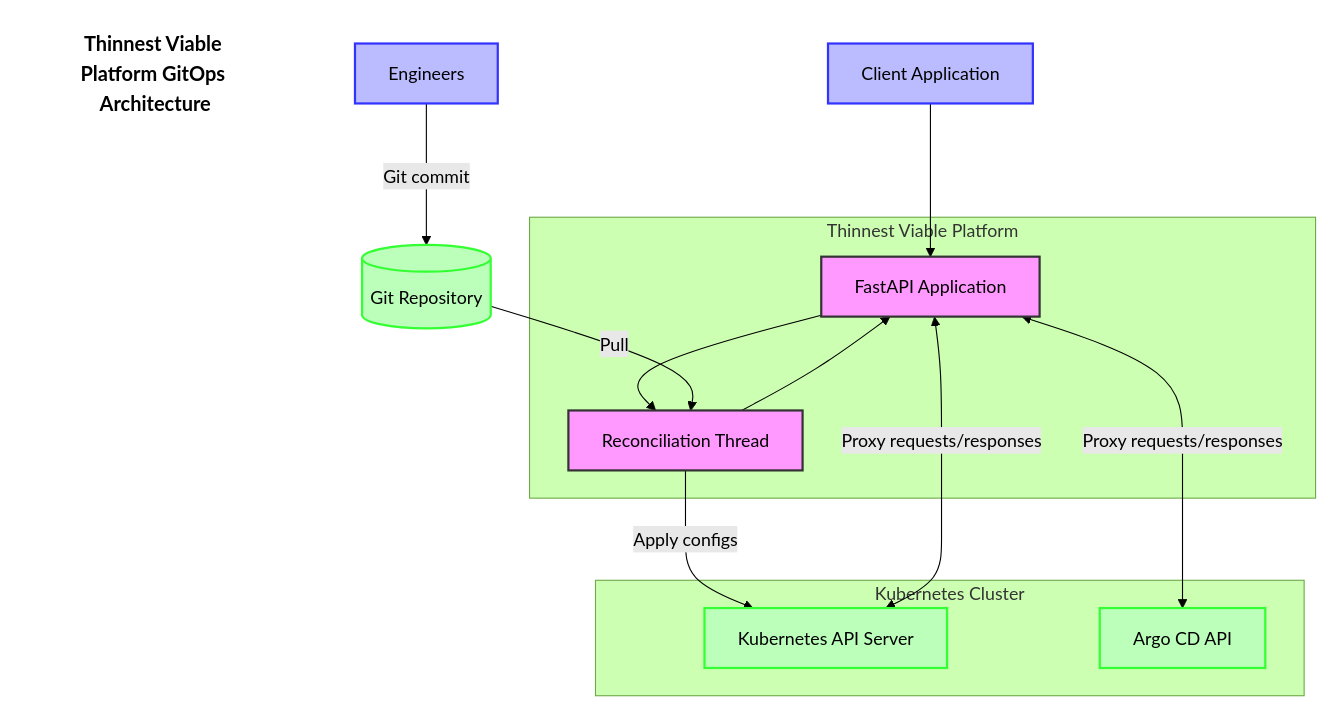
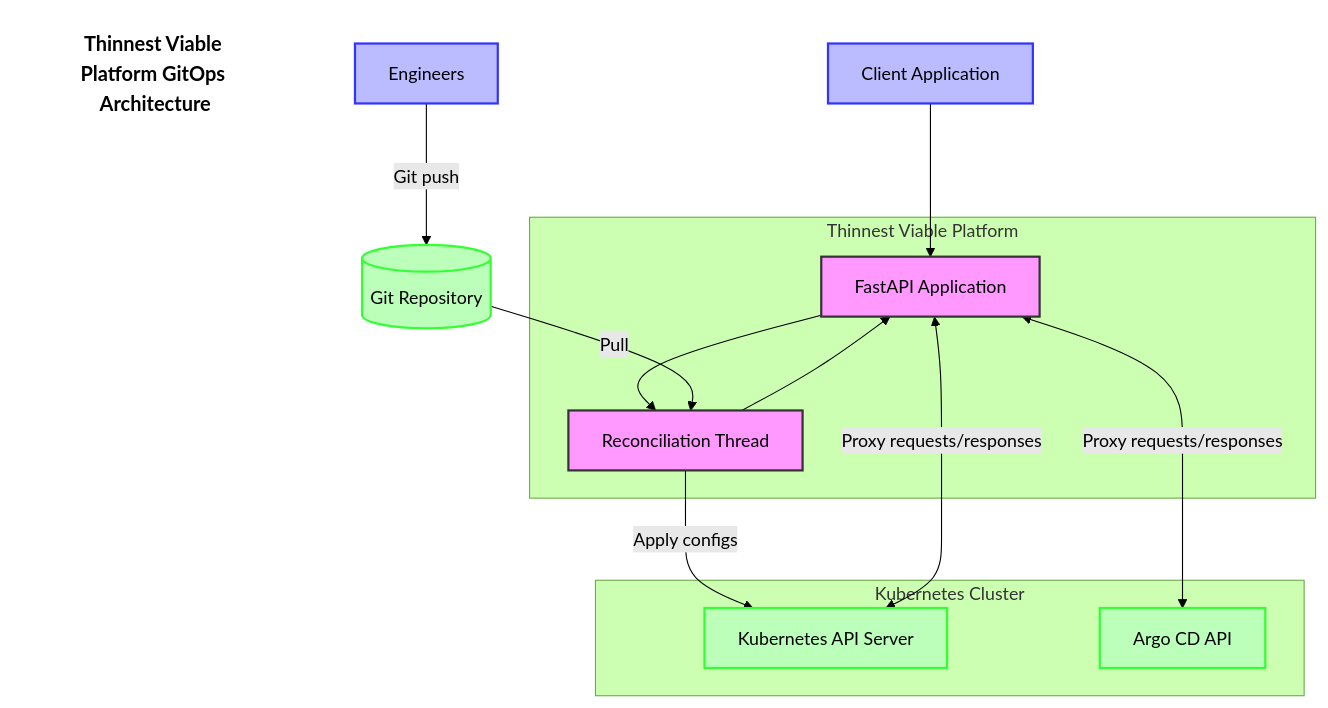
The first of 11 diagrams in README.md (lloydchang/tvp-k8s), drawn with Mermaid (forest theme) before and after one commit.

````diff
--- a/README.md
+++ b/README.md
@@ -316,33 +316,33 @@
 ```mermaid
 flowchart TB
     title[Thinnest Viable Platform GitOps Architecture]
     style title fill:none,stroke:none,font-size:18px,font-weight:bold
     subgraph "Thinnest Viable Platform"
         API[FastAPI Application]
         RT[Reconciliation Thread]
         
         API --> RT
         RT --> API
     end
     
-    Eng[Engineers] -->|Git commit| GitRepo[(Git Repository)]
+    Eng[Engineers] -->|Git push| GitRepo[(Git Repository)]
     GitRepo -->|Pull| RT
     RT -->|Apply configs| KubernetesAPI
     
     subgraph "Kubernetes Cluster"
         KubernetesAPI[Kubernetes API Server]
         ArgoCD[Argo CD API]
     end
     
     Client[Client Application] --> API
     API <-->|Proxy requests/responses| KubernetesAPI
     API <-->|Proxy requests/responses| ArgoCD
     
     classDef platform fill:#f9f,stroke:#333,stroke-width:2px
     classDef external fill:#bfb,stroke:#3f3,stroke-width:2px
     classDef user fill:#bbf,stroke:#33f,stroke-width:2px
     
     class API,RT platform
     class KubernetesAPI,ArgoCD,GitRepo external
     class Eng,Client user
 ```
````
